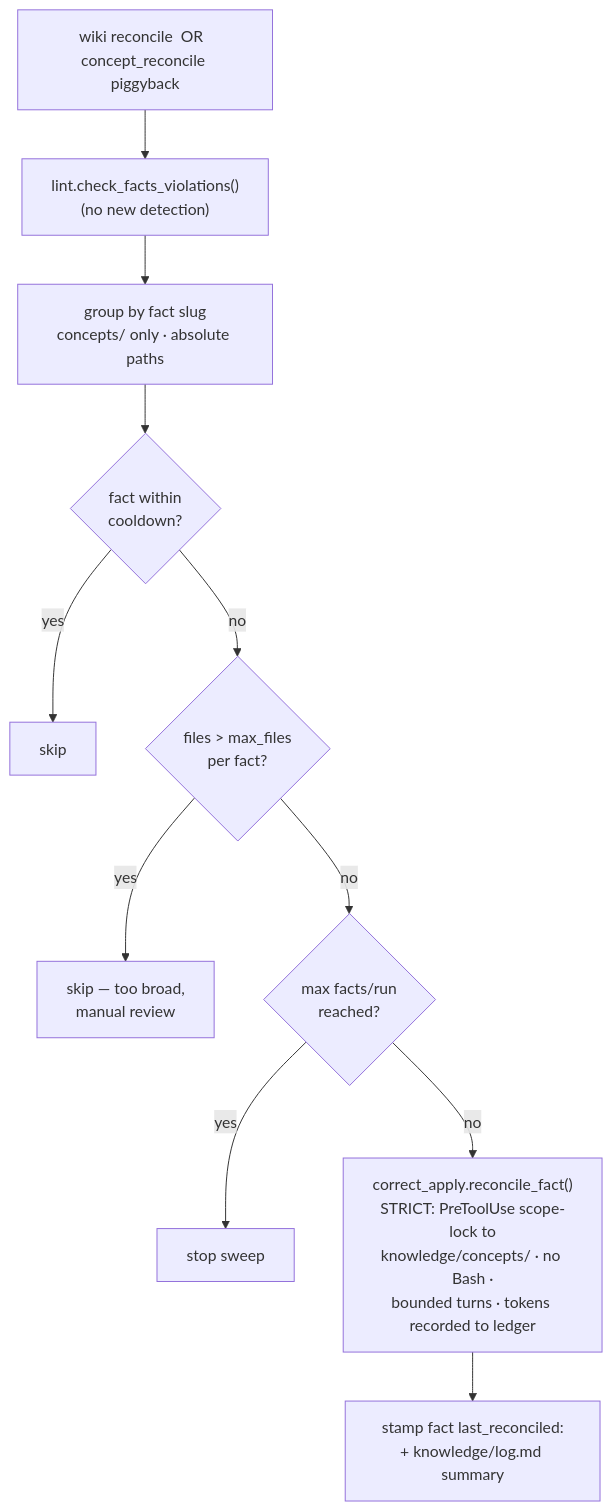
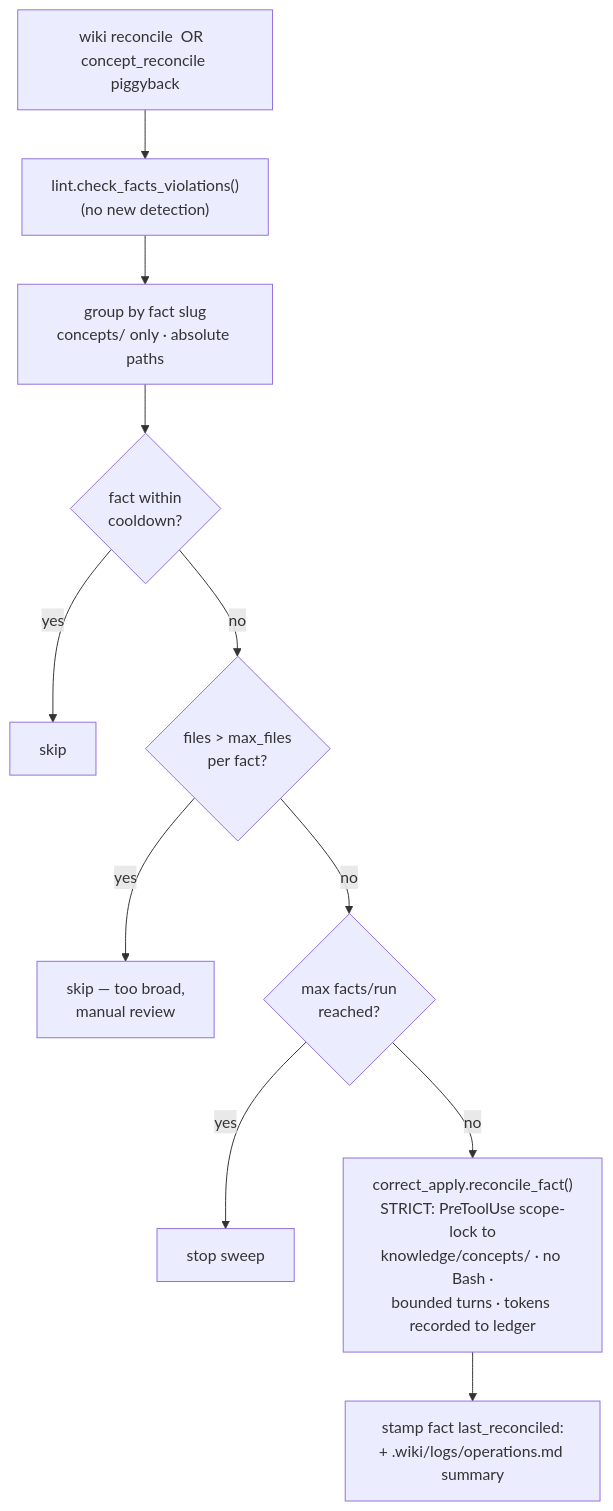
Before and after one commit to lx-0/llm-wiki: diagram 11 of 13 in docs/PROCESS.md, drawn with Mermaid. The commit also changed other lines of this file and 29 other files, not shown here.

````diff
--- a/docs/PROCESS.md
+++ b/docs/PROCESS.md
@@ -1207,13 +1207,13 @@
 ```mermaid
 flowchart TD
     TRIG["wiki reconcile  OR  concept_reconcile piggyback"] --> SIG["lint.check_facts_violations()<br/>(no new detection)"]
     SIG --> GRP["group by fact slug<br/>concepts/ only · absolute paths"]
     GRP --> COOL{"fact within<br/>cooldown?"}
     COOL -->|yes| SKIP["skip"]
     COOL -->|no| BROAD{"files &gt; max_files<br/>per fact?"}
     BROAD -->|yes| MANUAL["skip — too broad,<br/>manual review"]
     BROAD -->|no| CAP{"max facts/run<br/>reached?"}
     CAP -->|yes| STOP["stop sweep"]
     CAP -->|no| REC["correct_apply.reconcile_fact()<br/>STRICT: PreToolUse scope-lock to<br/>knowledge/concepts/ · no Bash ·<br/>bounded turns · tokens recorded to ledger"]
-    REC --> STAMP["stamp fact last_reconciled:<br/>+ knowledge/log.md summary"]
+    REC --> STAMP["stamp fact last_reconciled:<br/>+ .wiki/logs/operations.md summary"]
 ```
````
